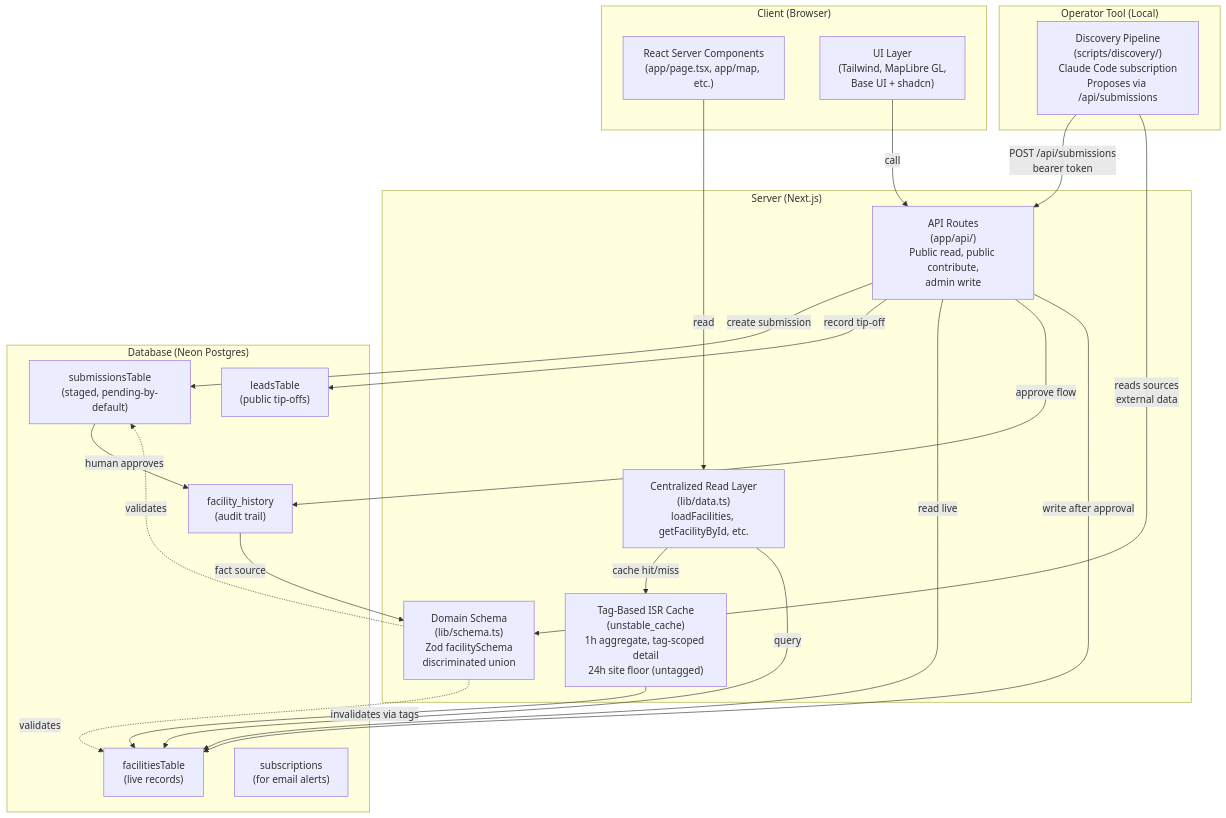
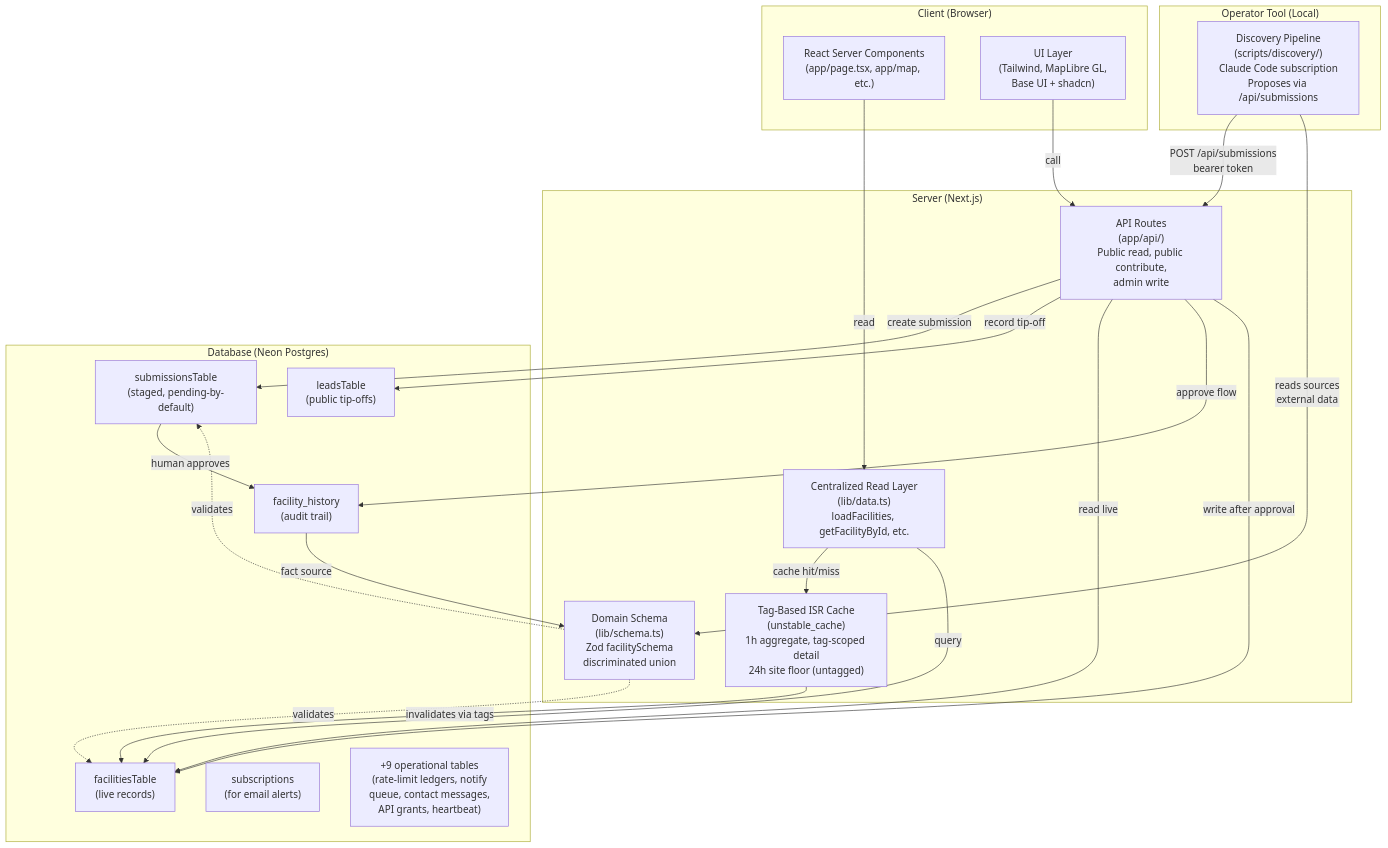
One commit to ek33450505/compute-atlas changed the diagram in ARCHITECTURE.md. Above: the diagram before and after it, drawn with Mermaid. The commit also changed other lines of this file and 23 other files, not shown here.

````diff
--- a/ARCHITECTURE.md
+++ b/ARCHITECTURE.md
@@ -116,47 +118,48 @@
 ```mermaid
 graph TB
     subgraph "Client (Browser)"
         RSC["React Server Components<br/>(app/page.tsx, app/map, etc.)"]
         UI["UI Layer<br/>(Tailwind, MapLibre GL,<br/>Base UI + shadcn)"]
     end
 
     subgraph "Server (Next.js)"
         Data["Centralized Read Layer<br/>(lib/data.ts)<br/>loadFacilities, getFacilityById, etc."]
         Cache["Tag-Based ISR Cache<br/>(unstable_cache)<br/>1h aggregate, tag-scoped detail<br/>24h site floor (untagged)"]
         Schema["Domain Schema<br/>(lib/schema.ts)<br/>Zod facilitySchema<br/>discriminated union"]
         API["API Routes<br/>(app/api/)<br/>Public read, public contribute,<br/>admin write"]
     end
 
     subgraph "Database (Neon Postgres)"
         Live["facilitiesTable<br/>(live records)"]
         Submissions["submissionsTable<br/>(staged, pending-by-default)"]
         History["facility_history<br/>(audit trail)"]
         Subs["subscriptions<br/>(for email alerts)"]
         Leads["leadsTable<br/>(public tip-offs)"]
+        Ops["+9 operational tables<br/>(rate-limit ledgers, notify<br/>queue, contact messages,<br/>API grants, heartbeat)"]
     end
 
     subgraph "Operator Tool (Local)"
         Pipeline["Discovery Pipeline<br/>(scripts/discovery/)<br/>Claude Code subscription<br/>Proposes via /api/submissions"]
     end
 
     RSC -->|read| Data
     Data -->|cache hit/miss| Cache
     Data -->|query| Live
     Cache -->|invalidates via tags| Live
 
     UI -->|call| API
     API -->|create submission| Submissions
     API -->|record tip-off| Leads
     API -->|read live| Live
     API -->|approve flow| History
     API -->|write after approval| Live
 
     Submissions -->|human approves| History
     History -->|fact source| Schema
 
     Pipeline -->|POST /api/submissions<br/>bearer token| API
     Pipeline -->|reads sources<br/>external data| Schema
 
     Schema -.->|validates| Live
     Schema -.->|validates| Submissions
 ```
````
